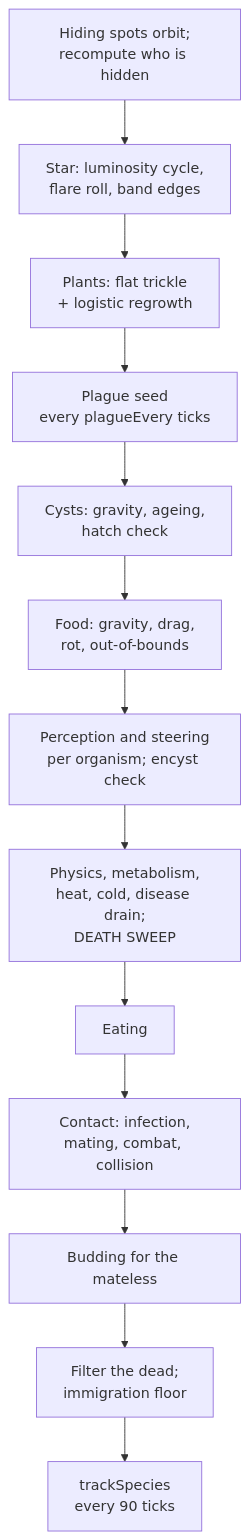
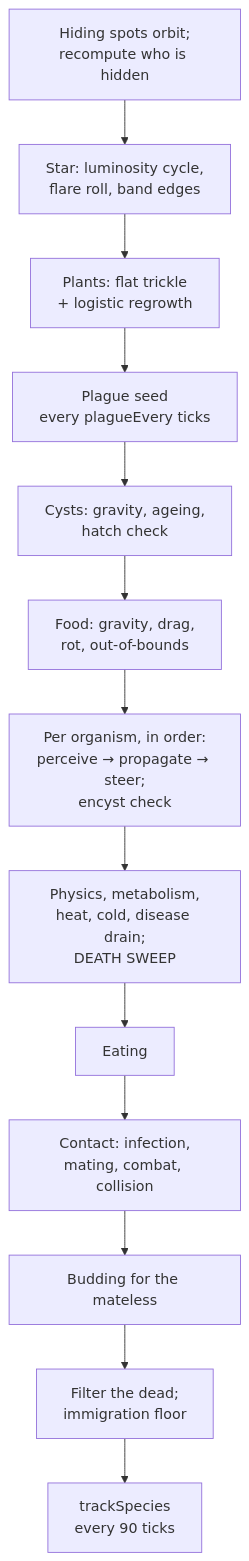
One commit to ericmann/helioza changed the third of 3 diagrams in docs/design.md. Above: the diagram before and after it, drawn with Mermaid. The commit also changed other lines of this file and 13 other files, not shown here.

````diff
--- a/docs/design.md
+++ b/docs/design.md
@@ -268,15 +380,15 @@
 ```mermaid
 flowchart TD
   A["Hiding spots orbit;<br/>recompute who is hidden"] --> B["Star: luminosity cycle,<br/>flare roll, band edges"]
   B --> C["Plants: flat trickle<br/>+ logistic regrowth"]
   C --> D["Plague seed<br/>every plagueEvery ticks"]
   D --> E["Cysts: gravity, ageing,<br/>hatch check"]
   E --> F["Food: gravity, drag,<br/>rot, out-of-bounds"]
-  F --> G["Perception and steering<br/>per organism; encyst check"]
+  F --> G["Per organism, in order:<br/>perceive → propagate → steer;<br/>encyst check"]
   G --> H["Physics, metabolism,<br/>heat, cold, disease drain;<br/>DEATH SWEEP"]
   H --> I["Eating"]
   I --> J["Contact: infection,<br/>mating, combat, collision"]
   J --> K["Budding for the mateless"]
   K --> L["Filter the dead;<br/>immigration floor"]
   L --> M["trackSpecies<br/>every 90 ticks"]
 ```
````
